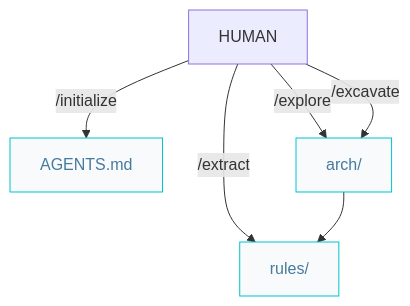
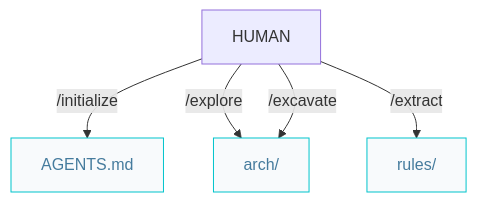
The second of 2 diagrams in docs/architect.pipelines.md (AIDDbot/AIDDbot), drawn with Mermaid before and after one commit. The commit also changed other lines of this file and 5 other files, not shown here.

````diff
--- a/docs/architect.pipelines.md
+++ b/docs/architect.pipelines.md
@@ -23,15 +26,14 @@
 ```mermaid
 flowchart TD  
   HUM[HUMAN]
   AGT["AGENTS.md"]:::nd
   ARC["arch/"]:::nd
   RUL["rules/"]:::nd
 
   HUM -->|/initialize| AGT
   HUM -->|/explore| ARC
   HUM -->|/excavate| ARC
   HUM -->|/extract| RUL
-  ARC --> RUL
 
   classDef nd fill:#f8fafc,stroke:#00c4cc,color:#457b9d
 ```
````
